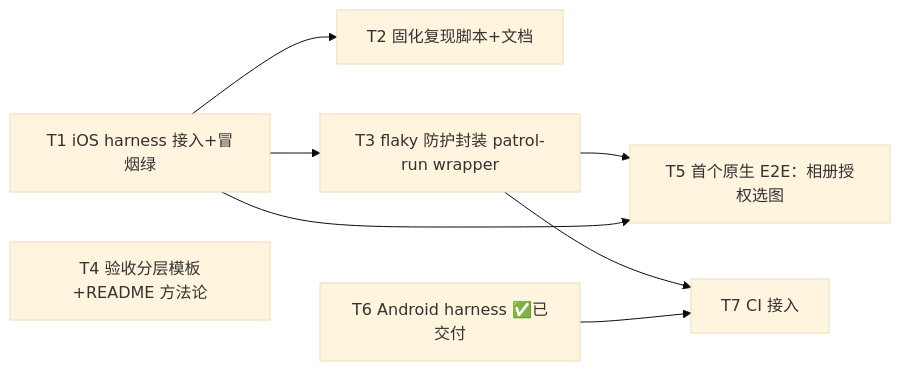
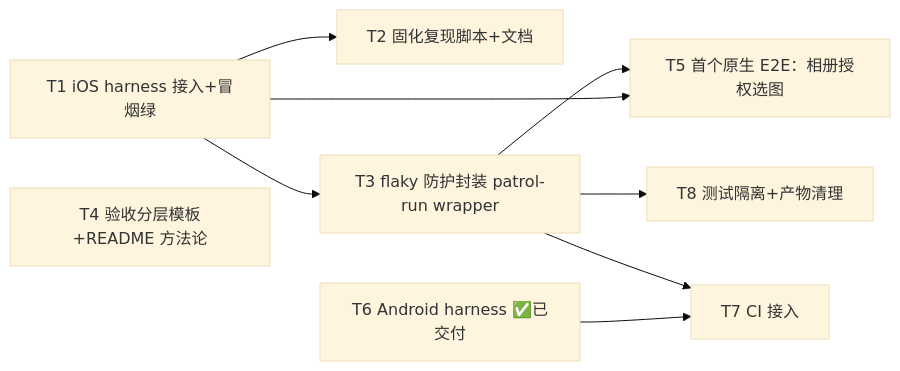
The diagram in specs/active/e2e-harness/tasks.md (cr1992/DayZ), drawn with Mermaid (base theme) before and after one commit. The commit also changed other lines of this file and 7 other files, not shown here.

````diff
--- a/specs/active/e2e-harness/tasks.md
+++ b/specs/active/e2e-harness/tasks.md
@@ -13,11 +13,12 @@
 ```mermaid
 graph LR
   T1[T1 iOS harness 接入+冒烟绿] --> T2[T2 固化复现脚本+文档]
   T1 --> T3[T3 flaky 防护封装 patrol-run wrapper]
   T4[T4 验收分层模板+README 方法论]
   T3 --> T5[T5 首个原生 E2E：相册授权选图]
   T1 --> T5
+  T3 --> T8[T8 测试隔离+产物清理]
   T6[T6 Android harness ✅已交付]
   T3 --> T7[T7 CI 接入]
   T6 --> T7
 ```
````
